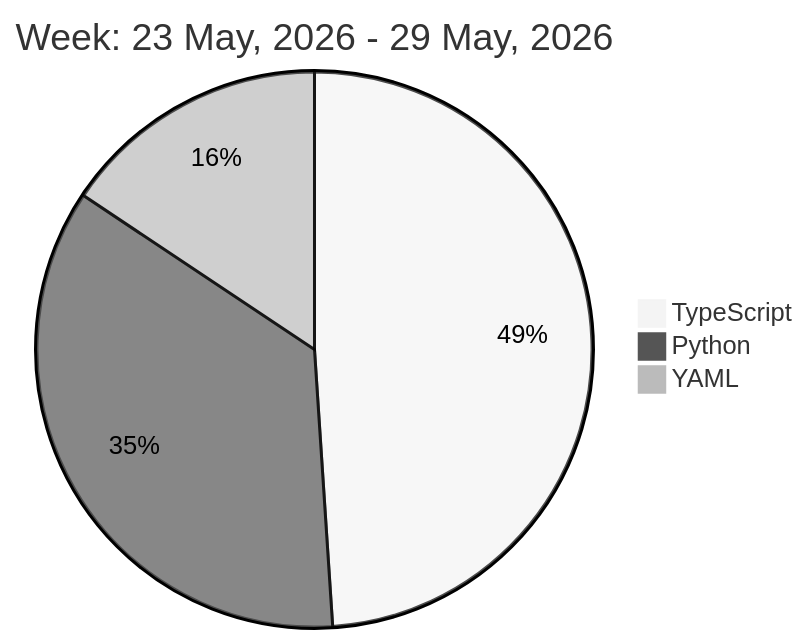
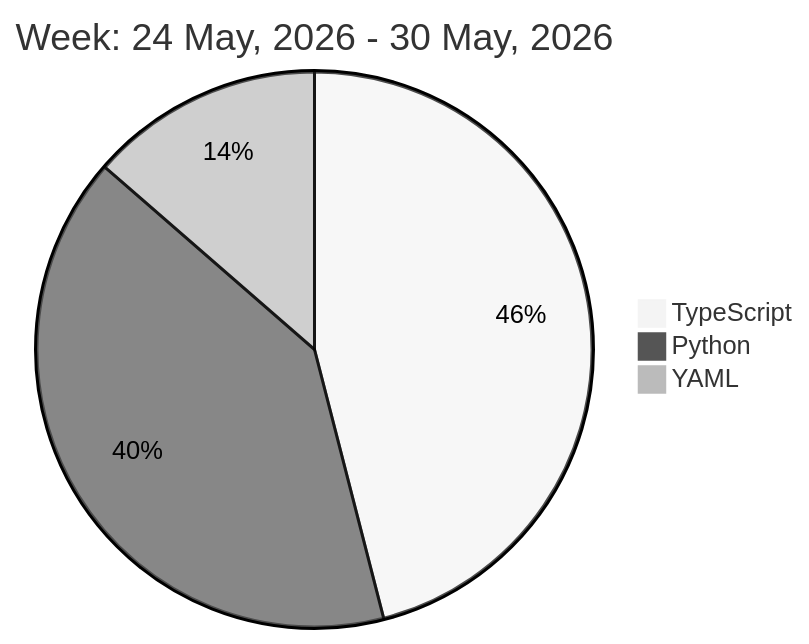
The diagram in README.md (liubin95/liubin95), drawn with Mermaid (neutral theme) before and after one commit.

Commit message:
Updated the Graph with new Metrics

````diff
--- a/README.md
+++ b/README.md
@@ -32,7 +32,7 @@
 ```mermaid
  pie
-title Week: 23 May, 2026 - 29 May, 2026
- "TypeScript" : 8.2
- "Python" : 5.93
- "YAML" : 2.62
+title Week: 24 May, 2026 - 30 May, 2026
+ "TypeScript" : 6.83
+ "Python" : 6.0
+ "YAML" : 2.02
 ```
````
